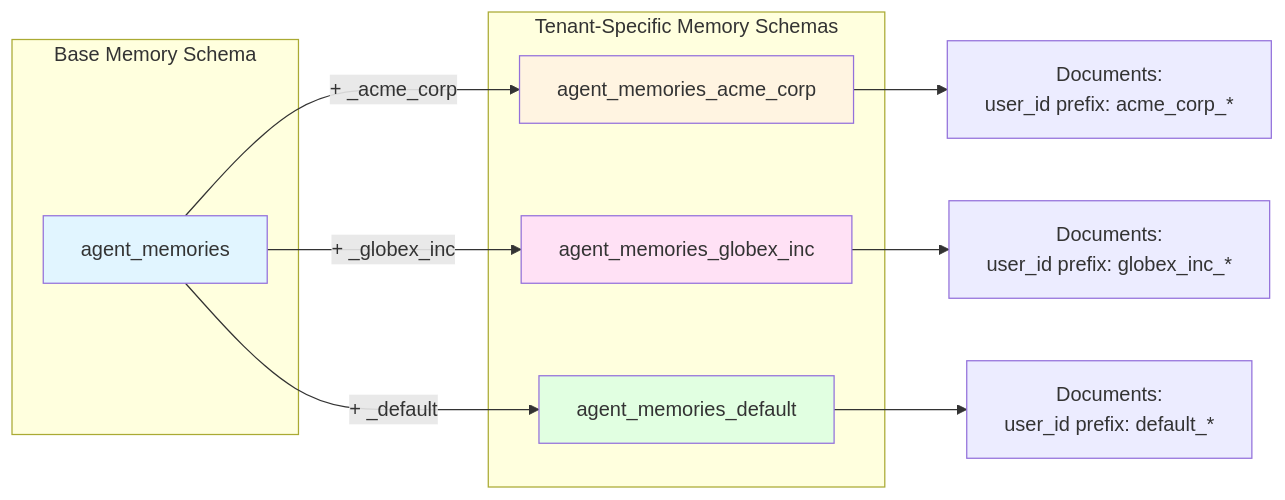
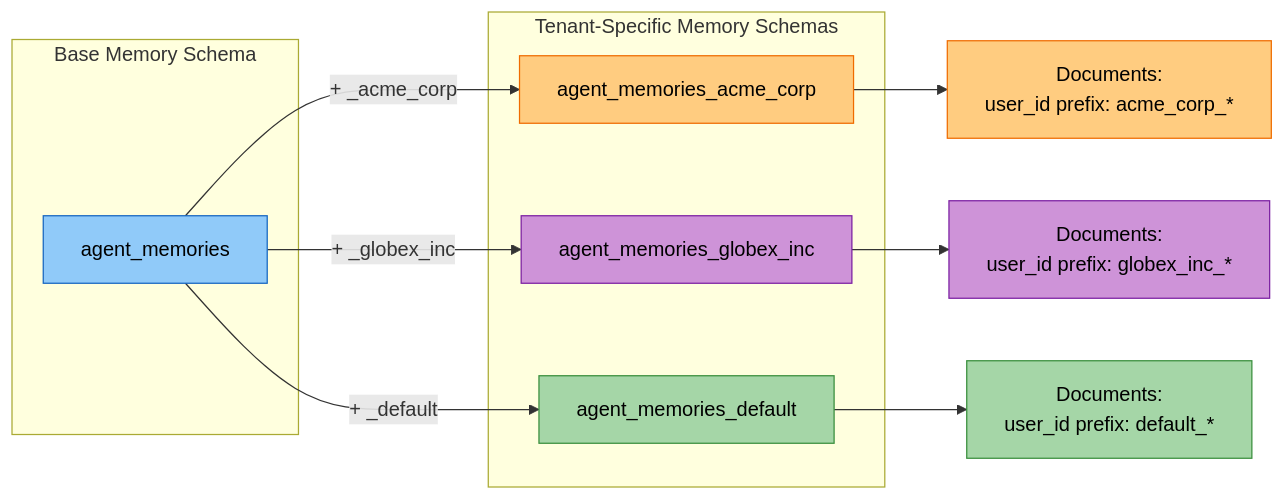
One commit to amit-jain/cogniverse changed diagram 15 of 19 in docs/diagrams/multi-tenant-diagrams.md. Above: the diagram before and after it, drawn with Mermaid. The commit also changed other lines of this file and 83 other files, not shown here.

First line of the commit message:
Fix documentation veracity, formatting, and diagrams across all modules

````diff
--- a/docs/diagrams/multi-tenant-diagrams.md
+++ b/docs/diagrams/multi-tenant-diagrams.md
@@ -578,25 +618,28 @@
 ```mermaid
-graph LR
+flowchart LR
     subgraph "Base Memory Schema"
-        BaseSchema[agent_memories]
+        BaseSchema["<span style='color:#000'>agent_memories</span>"]
     end
 
     subgraph "Tenant-Specific Memory Schemas"
-        SchemaA[agent_memories_acme_corp]
-        SchemaB[agent_memories_globex_inc]
-        SchemaC[agent_memories_default]
+        SchemaA["<span style='color:#000'>agent_memories_acme_corp</span>"]
+        SchemaB["<span style='color:#000'>agent_memories_globex_inc</span>"]
+        SchemaC["<span style='color:#000'>agent_memories_default</span>"]
     end
 
     BaseSchema -->|+ _acme_corp| SchemaA
     BaseSchema -->|+ _globex_inc| SchemaB
     BaseSchema -->|+ _default| SchemaC
 
-    SchemaA --> DocA[Documents:<br/>user_id prefix: acme_corp_*]
-    SchemaB --> DocB[Documents:<br/>user_id prefix: globex_inc_*]
-    SchemaC --> DocC[Documents:<br/>user_id prefix: default_*]
+    SchemaA --> DocA["<span style='color:#000'>Documents:<br/>user_id prefix: acme_corp_*</span>"]
+    SchemaB --> DocB["<span style='color:#000'>Documents:<br/>user_id prefix: globex_inc_*</span>"]
+    SchemaC --> DocC["<span style='color:#000'>Documents:<br/>user_id prefix: default_*</span>"]
 
-    style BaseSchema fill:#e1f5ff
-    style SchemaA fill:#fff4e1
-    style SchemaB fill:#ffe1f5
-    style SchemaC fill:#e1ffe1
+    style BaseSchema fill:#90caf9,stroke:#1565c0,color:#000
+    style SchemaA fill:#ffcc80,stroke:#ef6c00,color:#000
+    style SchemaB fill:#ce93d8,stroke:#7b1fa2,color:#000
+    style SchemaC fill:#a5d6a7,stroke:#388e3c,color:#000
+    style DocA fill:#ffcc80,stroke:#ef6c00,color:#000
+    style DocB fill:#ce93d8,stroke:#7b1fa2,color:#000
+    style DocC fill:#a5d6a7,stroke:#388e3c,color:#000
 ```
````
